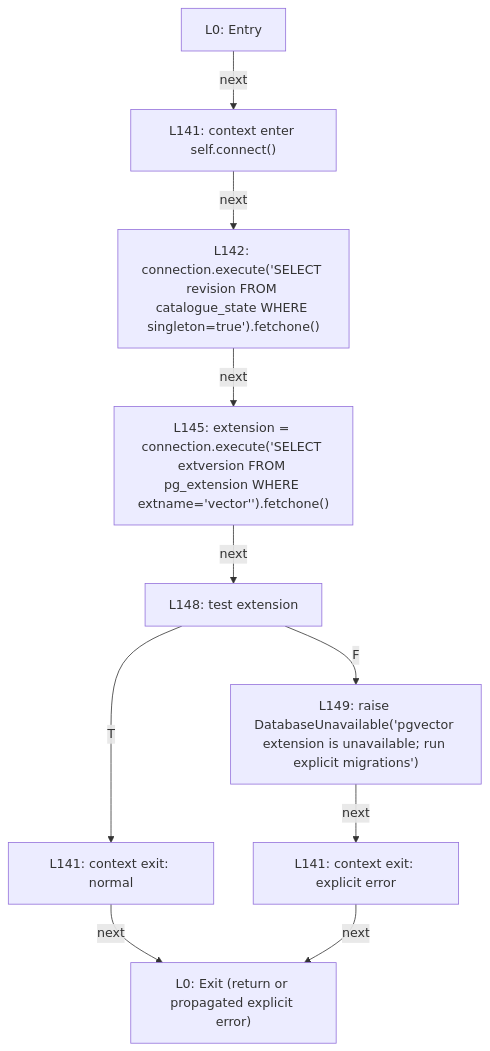
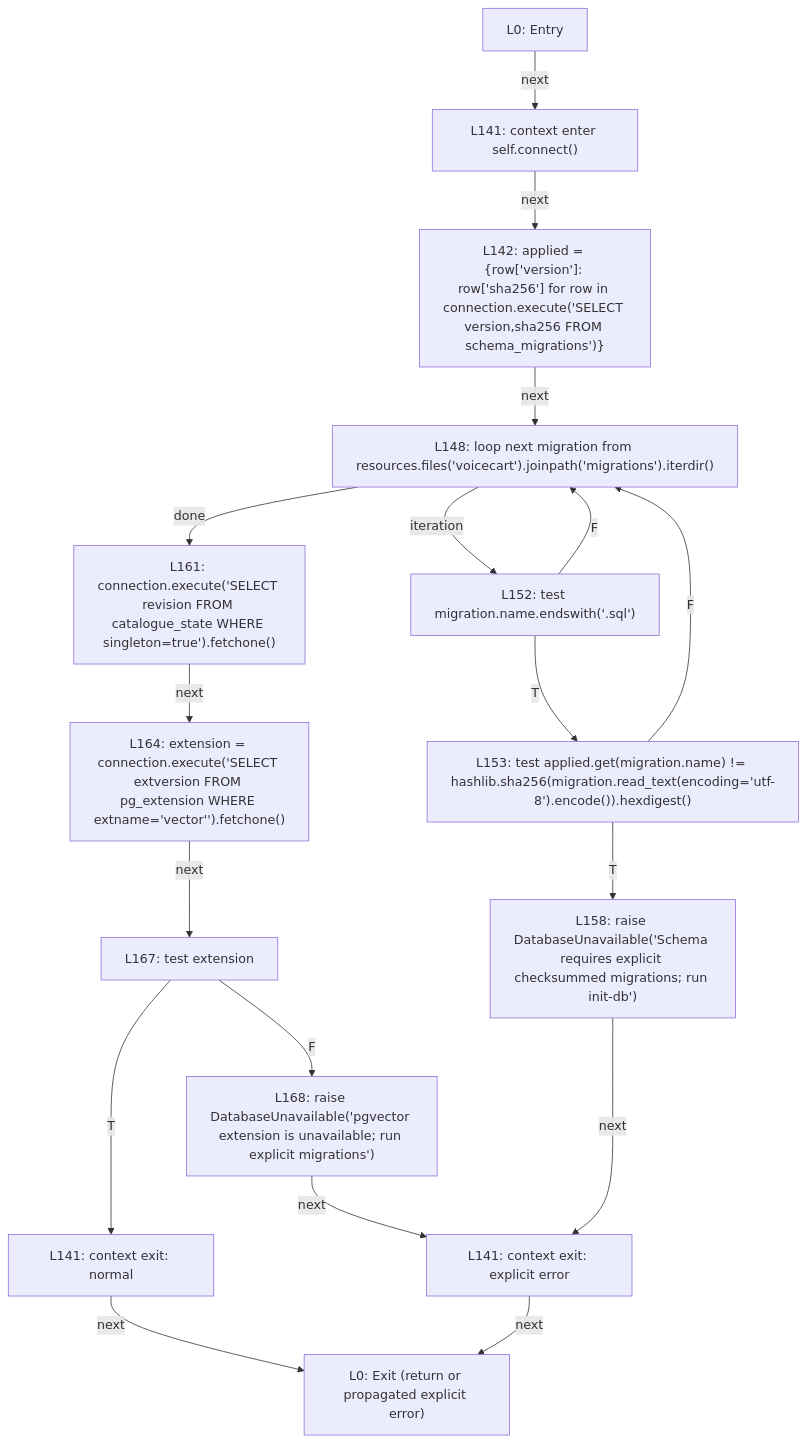
Diagram 11 of 13 in docs/CFG_ANALYSIS.md (LakshayKapur06/VoiceCart), drawn with Mermaid before and after one commit. The commit also changed other lines of this file and 23 other files, not shown here.

Commit message:
feat: S15 finalize validated web flows and engineering handoff

````diff
--- a/docs/CFG_ANALYSIS.md
+++ b/docs/CFG_ANALYSIS.md
@@ -978,41 +978,67 @@
 ```mermaid
 
 flowchart TD
 
  n0["L0: Exit (return or propagated explicit error)"]
 
  n1["L0: Entry"]
 
  n2["L141: context exit: normal"]
 
  n4["L141: context exit: explicit error"]
 
- n5["L149: raise DatabaseUnavailable('pgvector extension is unavailable; run explicit migrations')"]
+ n5["L168: raise DatabaseUnavailable('pgvector extension is unavailable; run explicit migrations')"]
 
- n6["L148: test extension"]
+ n6["L167: test extension"]
 
- n7["L145: extension = connection.execute('SELECT extversion FROM pg_extension WHERE extname='vector'').fetchone()"]
+ n7["L164: extension = connection.execute('SELECT extversion FROM pg_extension WHERE extname='vector'').fetchone()"]
 
- n8["L142: connection.execute('SELECT revision FROM catalogue_state WHERE singleton=true').fetchone()"]
+ n8["L161: connection.execute('SELECT revision FROM catalogue_state WHERE singleton=true').fetchone()"]
 
- n9["L141: context enter self.connect()"]
+ n9["L148: loop next migration from resources.files('voicecart').joinpath('migrations').iterdir()"]
 
- n1 -->|next| n9
+ n10["L158: raise DatabaseUnavailable('Schema requires explicit checksummed migrations; run init-db')"]
+
+ n11["L153: test applied.get(migration.name) != hashlib.sha256(migration.read_text(encoding='utf-8').encode()).hexdigest()"]
+
+ n12["L152: test migration.name.endswith('.sql')"]
+
+ n13["L142: applied = {row['version']: row['sha256'] for row in connection.execute('SELECT version,sha256 FROM schema_migrations')}"]
+
+ n14["L141: context enter self.connect()"]
+
+ n1 -->|next| n14
 
  n2 -->|next| n0
 
  n4 -->|next| n0
 
  n5 -->|next| n4
 
  n6 -->|T| n2
 
  n6 -->|F| n5
 
  n7 -->|next| n6
 
  n8 -->|next| n7
 
- n9 -->|next| n8
+ n9 -->|iteration| n12
+
+ n9 -->|done| n8
+
+ n10 -->|next| n4
+
+ n11 -->|T| n10
+
+ n11 -->|F| n9
+
+ n12 -->|T| n11
+
+ n12 -->|F| n9
+
+ n13 -->|next| n9
+
+ n14 -->|next| n13
 
 ```
````
